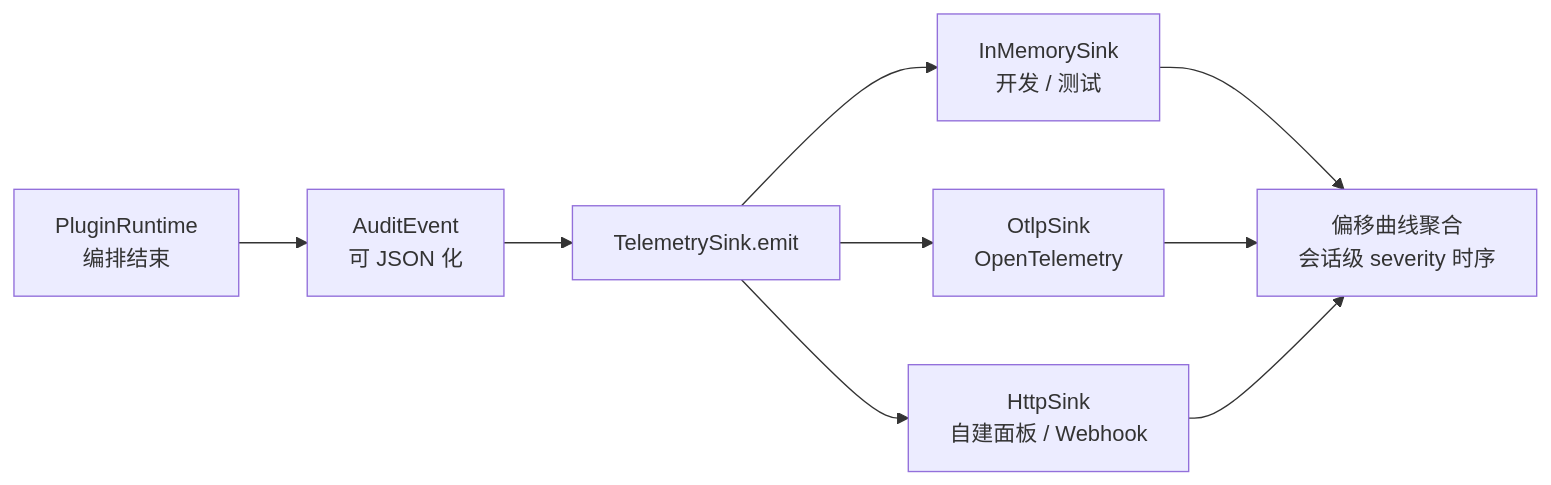
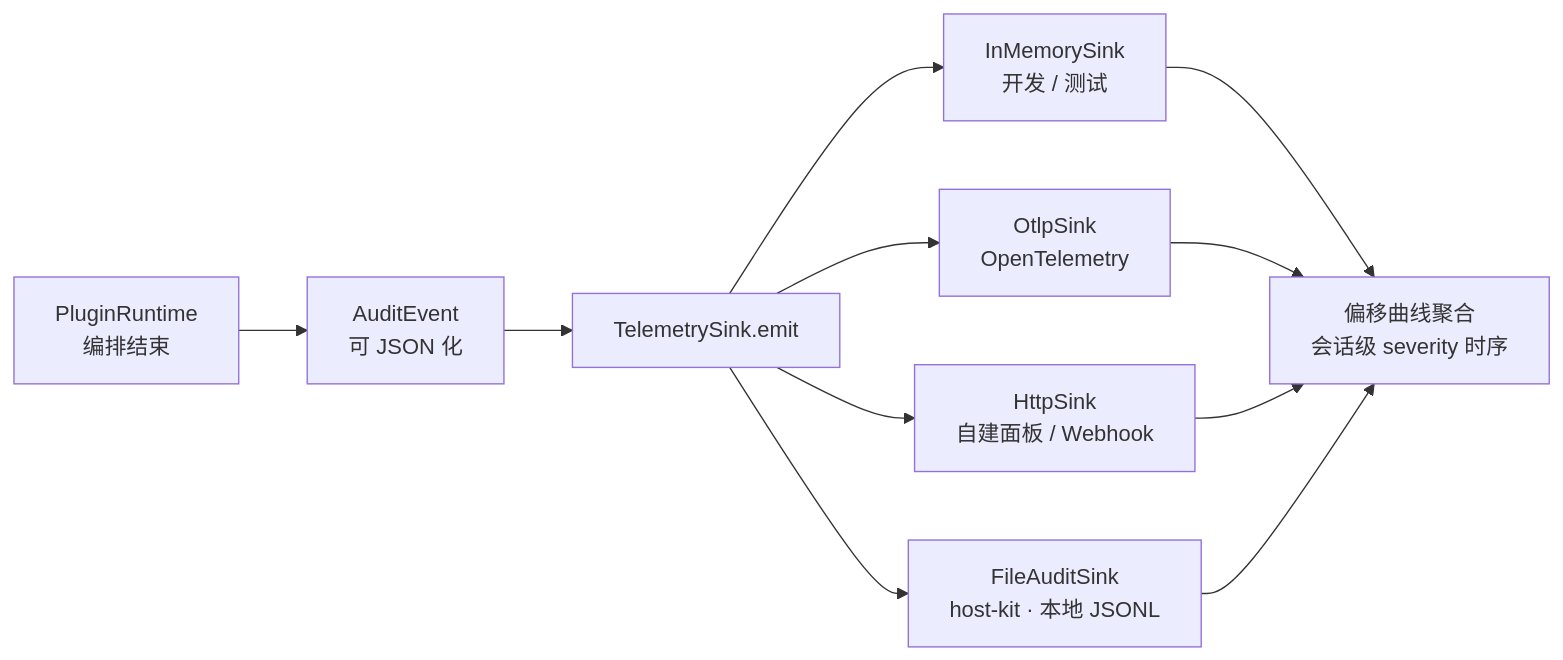
Before and after one commit to chaos-design/arcs: the diagram in docs/telemetry.md, drawn with Mermaid. The commit also changed other lines of this file and 107 other files, not shown here.

First line of the commit message:
feat: 平台宿主插件全量落地 + host-kit 共用运行时 + 契约护栏与审计

````diff
--- a/docs/telemetry.md
+++ b/docs/telemetry.md
@@ -28,11 +28,13 @@
 ```mermaid
 flowchart LR
   RT["PluginRuntime<br/>编排结束"] --> AE["AuditEvent<br/>可 JSON 化"]
   AE --> SINK["TelemetrySink.emit"]
   SINK --> M["InMemorySink<br/>开发 / 测试"]
   SINK --> O["OtlpSink<br/>OpenTelemetry"]
   SINK --> H["HttpSink<br/>自建面板 / Webhook"]
+  SINK --> F["FileAuditSink<br/>host-kit · 本地 JSONL"]
   M --> ARC["偏移曲线聚合<br/>会话级 severity 时序"]
   O --> ARC
   H --> ARC
+  F --> ARC
 ```
````
